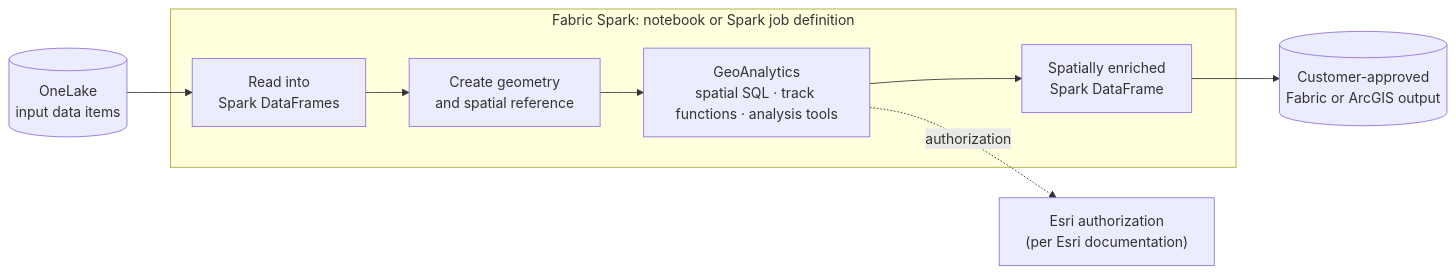
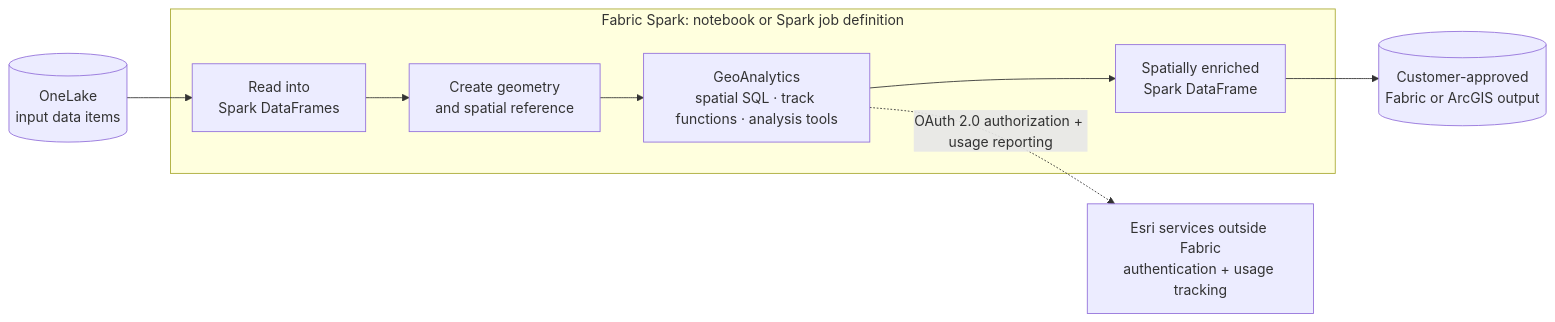
One commit to Tonyfra91/microsoft-esri-architecture-library changed the third of 4 diagrams in 02-GeoAnalytics-for-Fabric/End-to-End-Scenario.md. Above: the diagram before and after it, drawn with Mermaid. The commit also changed other lines of this file and 2 other files, not shown here.

````diff
--- a/02-GeoAnalytics-for-Fabric/End-to-End-Scenario.md
+++ b/02-GeoAnalytics-for-Fabric/End-to-End-Scenario.md
@@ -159,15 +159,15 @@
 ```mermaid
 flowchart LR
     LH[("OneLake<br/>input data items")]
     subgraph SPARK["Fabric Spark: notebook or Spark job definition"]
         RD["Read into<br/>Spark DataFrames"]
         GEO["Create geometry<br/>and spatial reference"]
         OP["GeoAnalytics<br/>spatial SQL · track functions · analysis tools"]
         DF["Spatially enriched<br/>Spark DataFrame"]
     end
     OUT[("Customer-approved<br/>Fabric or ArcGIS output")]
-    AUTH["Esri authorization<br/>(per Esri documentation)"]
+    AUTH["Esri services outside Fabric<br/>authentication + usage tracking"]
 
     LH --> RD --> GEO --> OP --> DF --> OUT
-    OP -. authorization .-> AUTH
+    OP -. "OAuth 2.0 authorization + usage reporting" .-> AUTH
 ```
````
